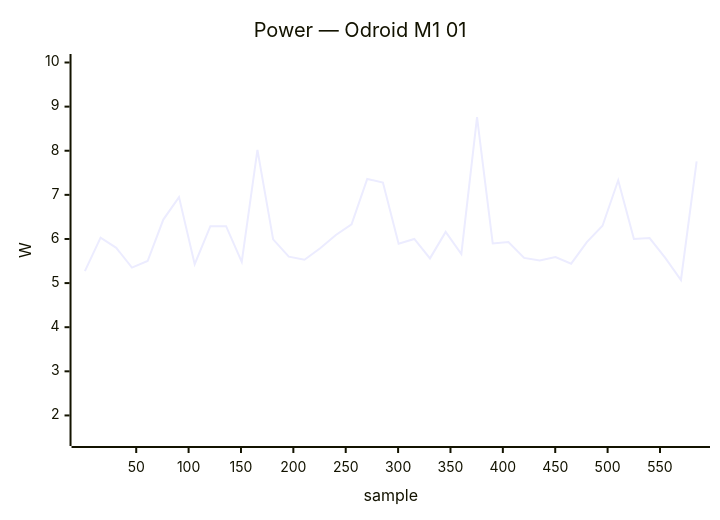
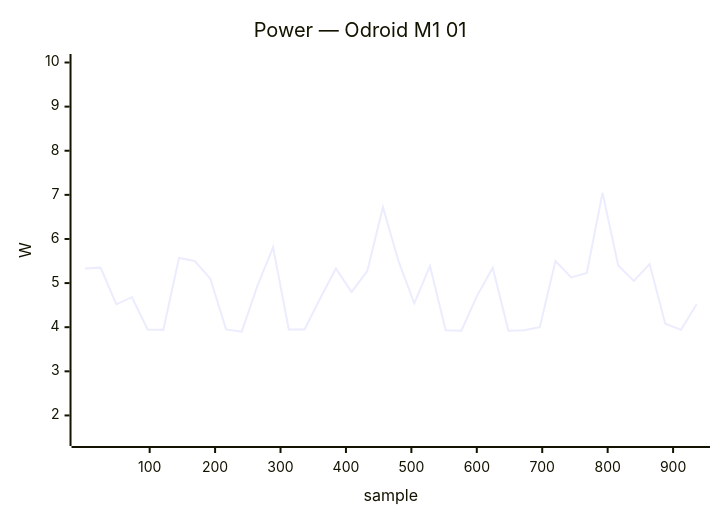
One commit to armbian/documentation changed diagram 25 of 38 in docs/status/board-tests.md. Above: the diagram before and after it, drawn with Mermaid. The commit also changed other lines of this file, not shown here.

````diff
--- a/docs/status/board-tests.md
+++ b/docs/status/board-tests.md
@@ -1203,7 +1229,7 @@
 ```mermaid
 xychart-beta
     title "Power — Odroid M1 01"
-    x-axis "sample" 1 --> 585
+    x-axis "sample" 1 --> 936
     y-axis "W" 1.5 --> 10.0
-    line [5.27, 6.03, 5.80, 5.35, 5.50, 6.44, 6.95, 5.43, 6.29, 6.29, 5.48, 8.02, 5.99, 5.60, 5.53, 5.79, 6.09, 6.33, 7.36, 7.28, 5.89, 6.00, 5.56, 6.16, 5.66, 8.76, 5.90, 5.93, 5.57, 5.51, 5.59, 5.44, 5.93, 6.30, 7.33, 6.00, 6.02, 5.57, 5.07, 7.76]
+    line [5.33, 5.35, 4.52, 4.68, 3.95, 3.94, 5.57, 5.50, 5.10, 3.95, 3.90, 4.94, 5.81, 3.95, 3.95, 4.65, 5.33, 4.80, 5.27, 6.72, 5.49, 4.54, 5.39, 3.93, 3.92, 4.71, 5.35, 3.92, 3.93, 4.00, 5.50, 5.13, 5.23, 7.05, 5.40, 5.05, 5.43, 4.08, 3.94, 4.52]
 ```
````
